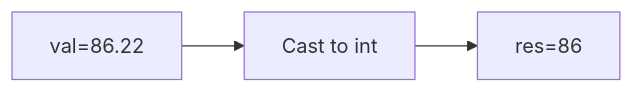
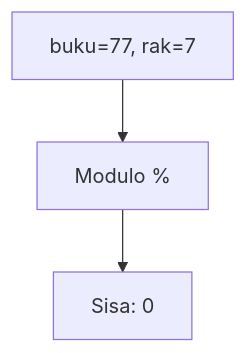
One commit to amnahwaida/OSNK_INF_PREP changed the fifth of 25 diagrams in part-c-pemahaman-cpp/01-tipe-data/latihan/set-02.md. Above: the diagram before and after it, drawn with Mermaid. The commit also changed other lines of this file and 71 other files, not shown here.

````diff
--- a/part-c-pemahaman-cpp/01-tipe-data/latihan/set-02.md
+++ b/part-c-pemahaman-cpp/01-tipe-data/latihan/set-02.md
@@ -130,5 +136,5 @@
 ```mermaid
-graph LR
-A["val=86.22"] --> B["Cast to int"]
-B --> C["res=86"]
+graph TD
+A["buku=77, rak=7"] --> B["Modulo %"]
+B --> C["Sisa: 0"]
 ```
````
